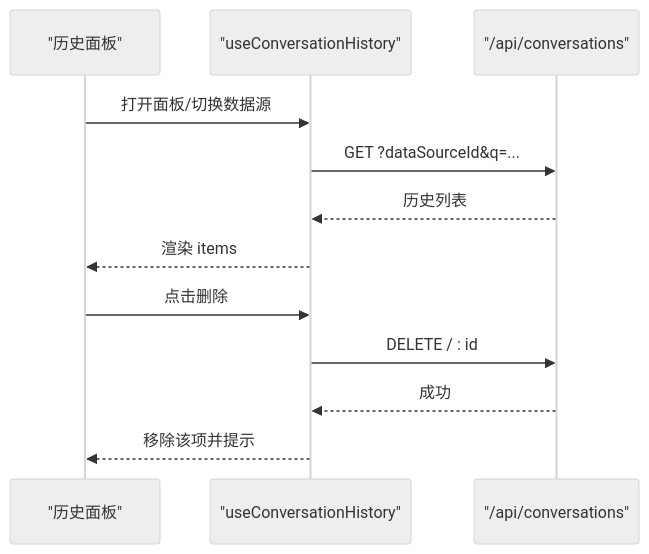
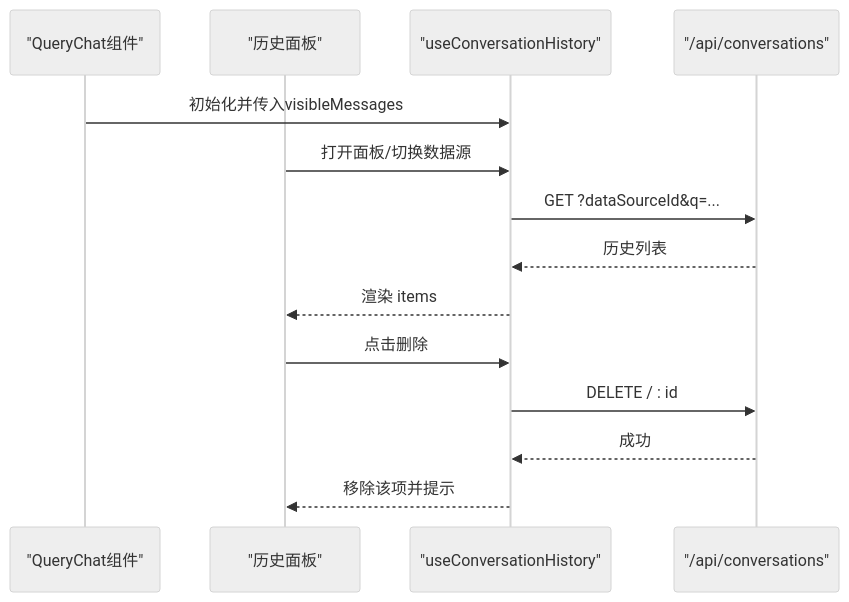
The fifth of 8 diagrams in .qoder/repowiki/zh/content/后端服务/核心业务模块/查询处理引擎/对话历史管理.md (dgjin/smart-data-analytics), drawn with Mermaid (neutral theme) before and after one commit. The commit also changed other lines of this file and 146 other files, not shown here.

````diff
--- a/.qoder/repowiki/zh/content/后端服务/核心业务模块/查询处理引擎/对话历史管理.md
+++ b/.qoder/repowiki/zh/content/后端服务/核心业务模块/查询处理引擎/对话历史管理.md
@@ -224,14 +246,16 @@
 ```mermaid
 sequenceDiagram
+participant QC as "QueryChat组件"
 participant UI as "历史面板"
 participant H as "useConversationHistory"
 participant API as "/api/conversations"
+QC->>H : 初始化并传入visibleMessages
 UI->>H : 打开面板/切换数据源
 H->>API : GET ?dataSourceId&q=...
 API-->>H : 历史列表
 H-->>UI : 渲染 items
 UI->>H : 点击删除
 H->>API : DELETE / : id
 API-->>H : 成功
 H-->>UI : 移除该项并提示
 ```
````
